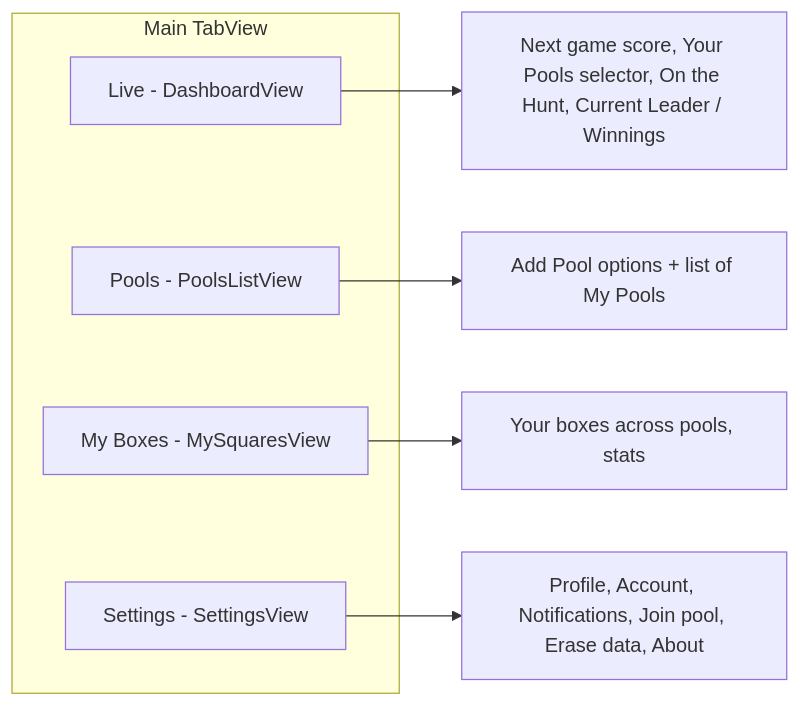
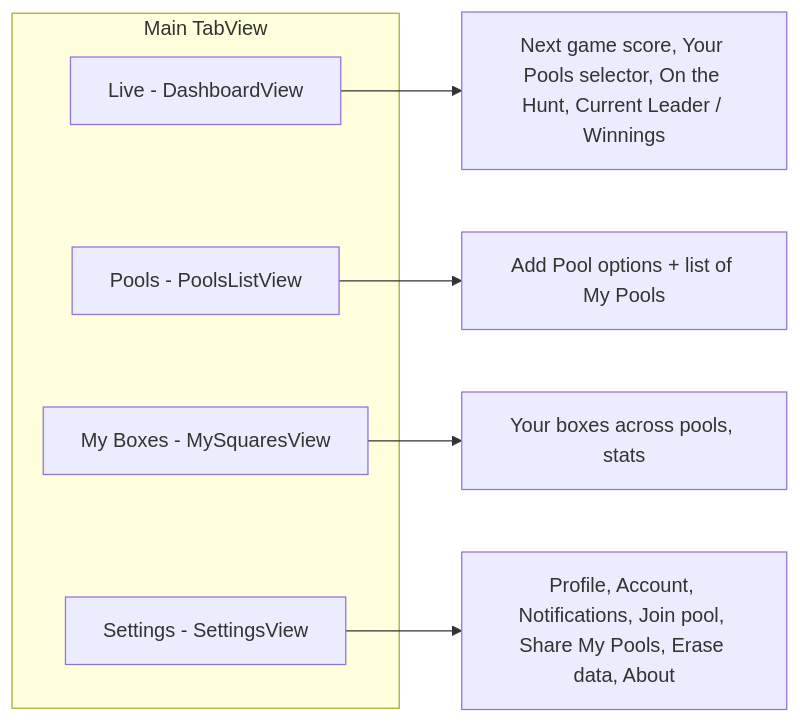
The second of 12 diagrams in docs/APP_FLOW.md (mcapace/superbowlbox), drawn with Mermaid before and after one commit. The commit also changed other lines of this file and 2 other files, not shown here.

First line of the commit message:
Docs: update schemas, workflows, and mermaid flow charts

````diff
--- a/docs/APP_FLOW.md
+++ b/docs/APP_FLOW.md
@@ -36,13 +36,13 @@
 ```mermaid
 flowchart LR
     subgraph Tabs["Main TabView"]
         T0[Live - DashboardView]
         T1[Pools - PoolsListView]
         T2[My Boxes - MySquaresView]
         T3[Settings - SettingsView]
     end
     T0 --> D[Next game score, Your Pools selector, On the Hunt, Current Leader / Winnings]
     T1 --> P[Add Pool options + list of My Pools]
     T2 --> M[Your boxes across pools, stats]
-    T3 --> S[Profile, Account, Notifications, Join pool, Erase data, About]
+    T3 --> S[Profile, Account, Notifications, Join pool, Share My Pools, Erase data, About]
 ```
````
